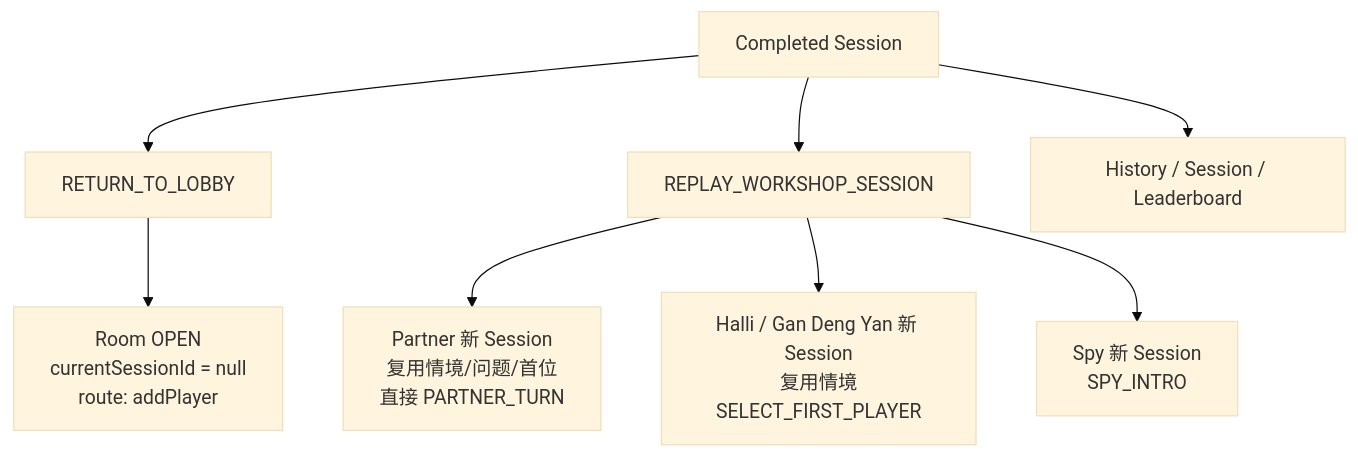
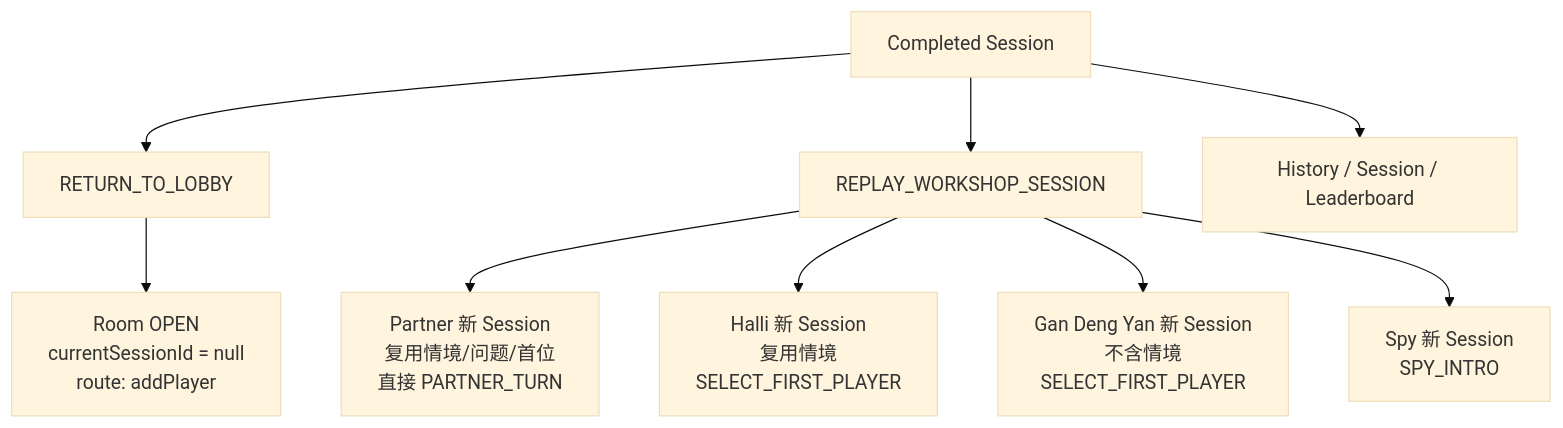
Before and after one commit to Bubble-419/cardboard-miniprogram: diagram 17 of 19 in docs/ROOM_BUSINESS_FLOWS.md, drawn with Mermaid (base theme). The commit also changed other lines of this file and 18 other files, not shown here.

Commit message:
feat: skip scenario setup for gan deng yan

````diff
--- a/docs/ROOM_BUSINESS_FLOWS.md
+++ b/docs/ROOM_BUSINESS_FLOWS.md
@@ -606,18 +611,20 @@
 ```mermaid
 flowchart TD
   DONE[Completed Session]
   RETURN[RETURN_TO_LOBBY]
   REPLAY[REPLAY_WORKSHOP_SESSION]
   LOBBY[Room OPEN<br/>currentSessionId = null<br/>route: addPlayer]
   P[Partner 新 Session<br/>复用情境/问题/首位<br/>直接 PARTNER_TURN]
-  H[Halli / Gan Deng Yan 新 Session<br/>复用情境<br/>SELECT_FIRST_PLAYER]
+  H[Halli 新 Session<br/>复用情境<br/>SELECT_FIRST_PLAYER]
+  G[Gan Deng Yan 新 Session<br/>不含情境<br/>SELECT_FIRST_PLAYER]
   S[Spy 新 Session<br/>SPY_INTRO]
   HISTORY[History / Session / Leaderboard]
 
   DONE --> RETURN --> LOBBY
   DONE --> REPLAY
   REPLAY --> P
   REPLAY --> H
+  REPLAY --> G
   REPLAY --> S
   DONE --> HISTORY
 ```
````
